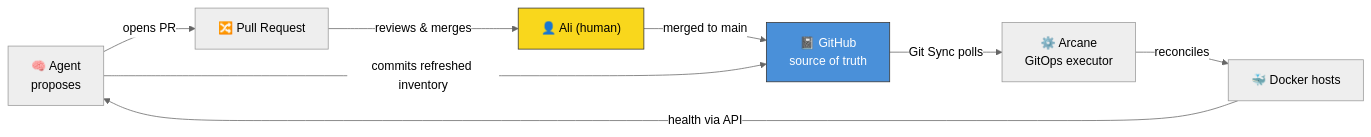
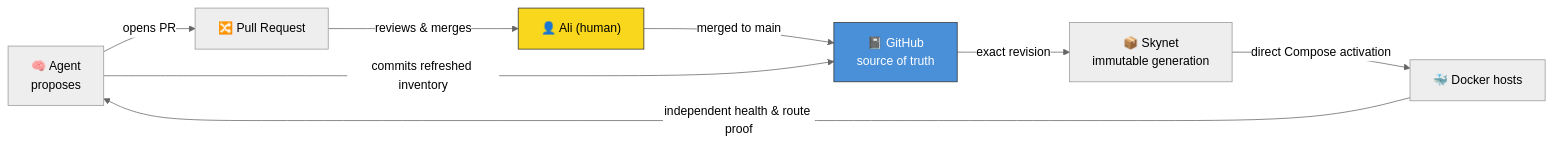
The diagram in README.md (aliammar03/skynet), drawn with Mermaid (neutral theme) before and after one commit. The commit also changed other lines of this file and 63 other files, not shown here.

First line of the commit message:
feat(deploy): activate immutable compose generations

````diff
--- a/README.md
+++ b/README.md
@@ -51,15 +53,15 @@
 ```mermaid
 flowchart LR
     A["🧠 Agent<br/>proposes"] -->|opens PR| P["🔀 Pull Request"]
     P -->|reviews & merges| H["👤 Ali (human)"]
     H -->|merged to main| G["📓 GitHub<br/>source of truth"]
-    G -->|Git Sync polls| R["⚙️ Arcane<br/>GitOps executor"]
-    R -->|reconciles| D["🐳 Docker hosts"]
-    D -->|health via API| A
+    G -->|exact revision| R["📦 Skynet<br/>immutable generation"]
+    R -->|direct Compose activation| D["🐳 Docker hosts"]
+    D -->|independent health & route proof| A
     A -->|commits refreshed inventory| G
 
     classDef human fill:#f9d71c,stroke:#333,color:#000;
     classDef truth fill:#4a90d9,stroke:#333,color:#fff;
     class H human;
     class G truth;
 ```
````
